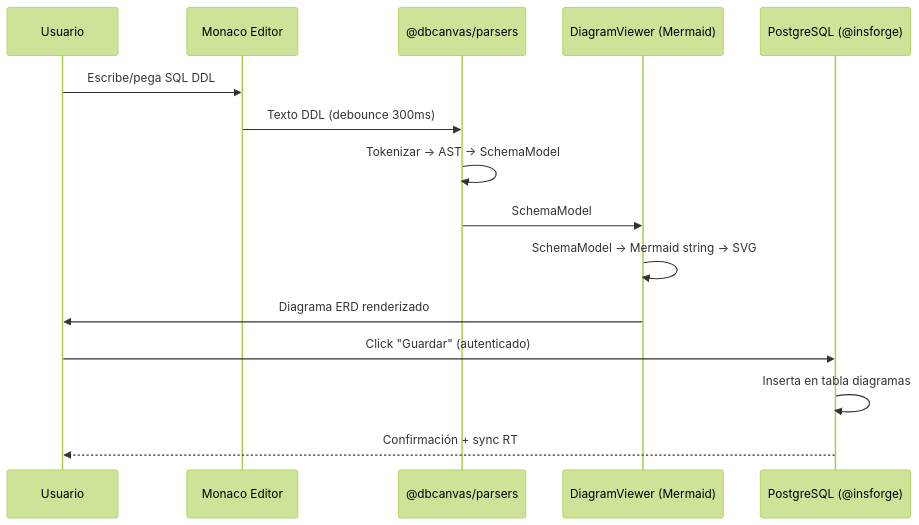
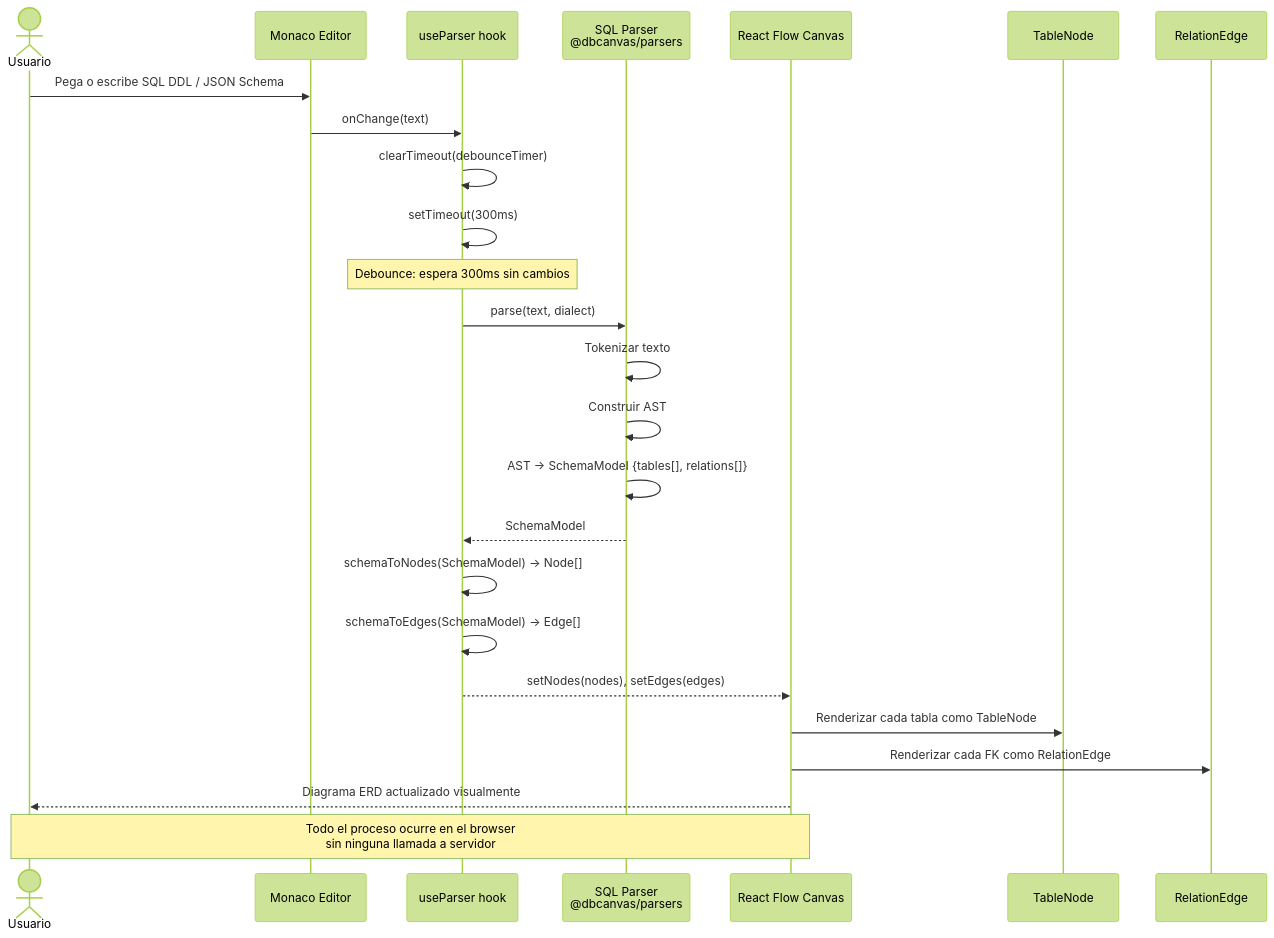
One commit to iovargasjeff/fluxsql changed the eighth of 18 diagrams in doc/entregables_upt/FD04-Informe-Arquitectura-Software.md. Above: the diagram before and after it, drawn with Mermaid (forest theme). The commit also changed other lines of this file and 2 other files, not shown here.

Commit message:
docs: add project documentation, architecture reports, and proposal files to deliverables repository

````diff
--- a/doc/entregables_upt/FD04-Informe-Arquitectura-Software.md
+++ b/doc/entregables_upt/FD04-Informe-Arquitectura-Software.md
@@ -157,19 +711,32 @@
 ```mermaid
 sequenceDiagram
-    participant U as Usuario
-    participant Editor as Monaco Editor
-    participant Parser as @dbcanvas/parsers
-    participant Viewer as DiagramViewer (Mermaid)
-    participant Cloud as PostgreSQL (@insforge)
+    actor U as Usuario
+    participant MC as Monaco Editor
+    participant HP as useParser hook
+    participant SP as SQL Parser<br/>@dbcanvas/parsers
+    participant RF as React Flow Canvas
+    participant TN as TableNode
+    participant RE as RelationEdge
 
-    U->>Editor: Escribe/pega SQL DDL
-    Editor->>Parser: Texto DDL (debounce 300ms)
-    Parser->>Parser: Tokenizar → AST → SchemaModel
-    Parser->>Viewer: SchemaModel
-    Viewer->>Viewer: SchemaModel → Mermaid string → SVG
-    Viewer->>U: Diagrama ERD renderizado
+    U->>MC: Pega o escribe SQL DDL / JSON Schema
+    MC->>HP: onChange(text)
+    HP->>HP: clearTimeout(debounceTimer)
+    HP->>HP: setTimeout(300ms)
+    Note over HP: Debounce: espera 300ms sin cambios
 
-    U->>Cloud: Click "Guardar" (autenticado)
-    Cloud->>Cloud: Inserta en tabla diagramas
-    Cloud-->>U: Confirmación + sync RT
+    HP->>SP: parse(text, dialect)
+    SP->>SP: Tokenizar texto
+    SP->>SP: Construir AST
+    SP->>SP: AST → SchemaModel {tables[], relations[]}
+    SP-->>HP: SchemaModel
+
+    HP->>HP: schemaToNodes(SchemaModel) → Node[]
+    HP->>HP: schemaToEdges(SchemaModel) → Edge[]
+    HP-->>RF: setNodes(nodes), setEdges(edges)
+
+    RF->>TN: Renderizar cada tabla como TableNode
+    RF->>RE: Renderizar cada FK como RelationEdge
+    RF-->>U: Diagrama ERD actualizado visualmente
+
+    Note over U,RF: Todo el proceso ocurre en el browser<br/>sin ninguna llamada a servidor
 ```
````
